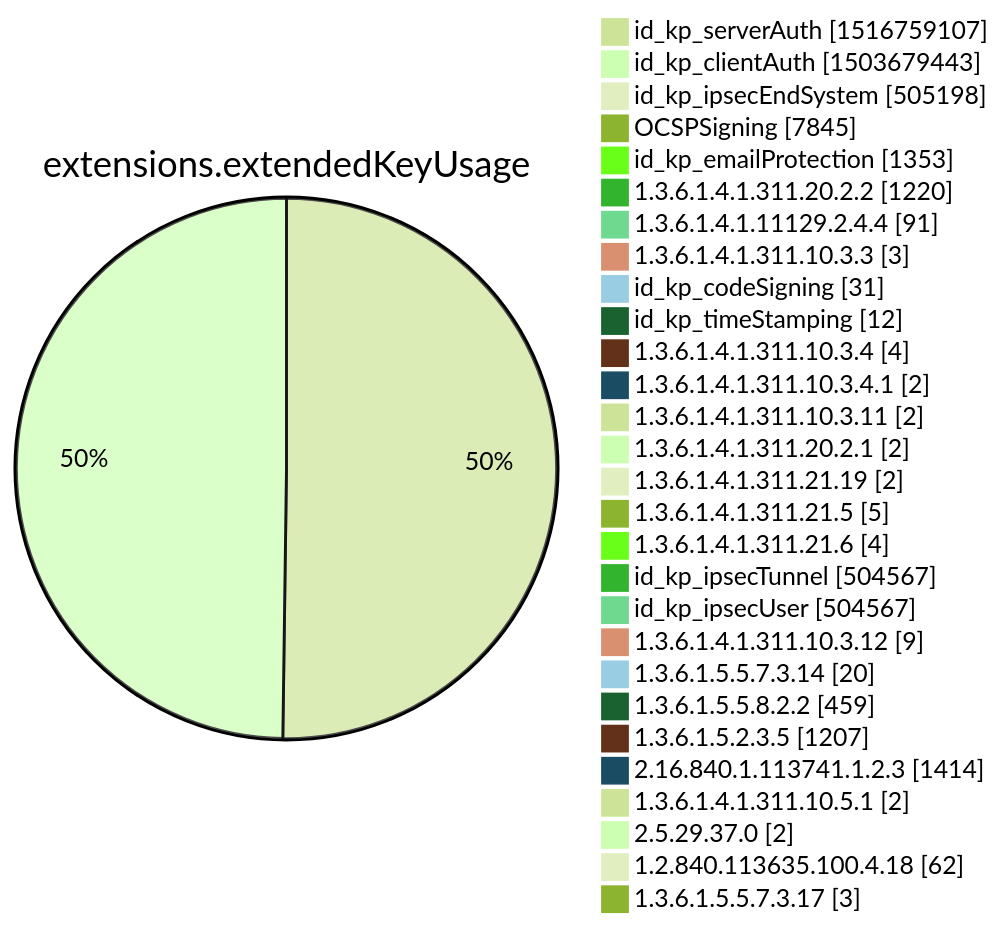
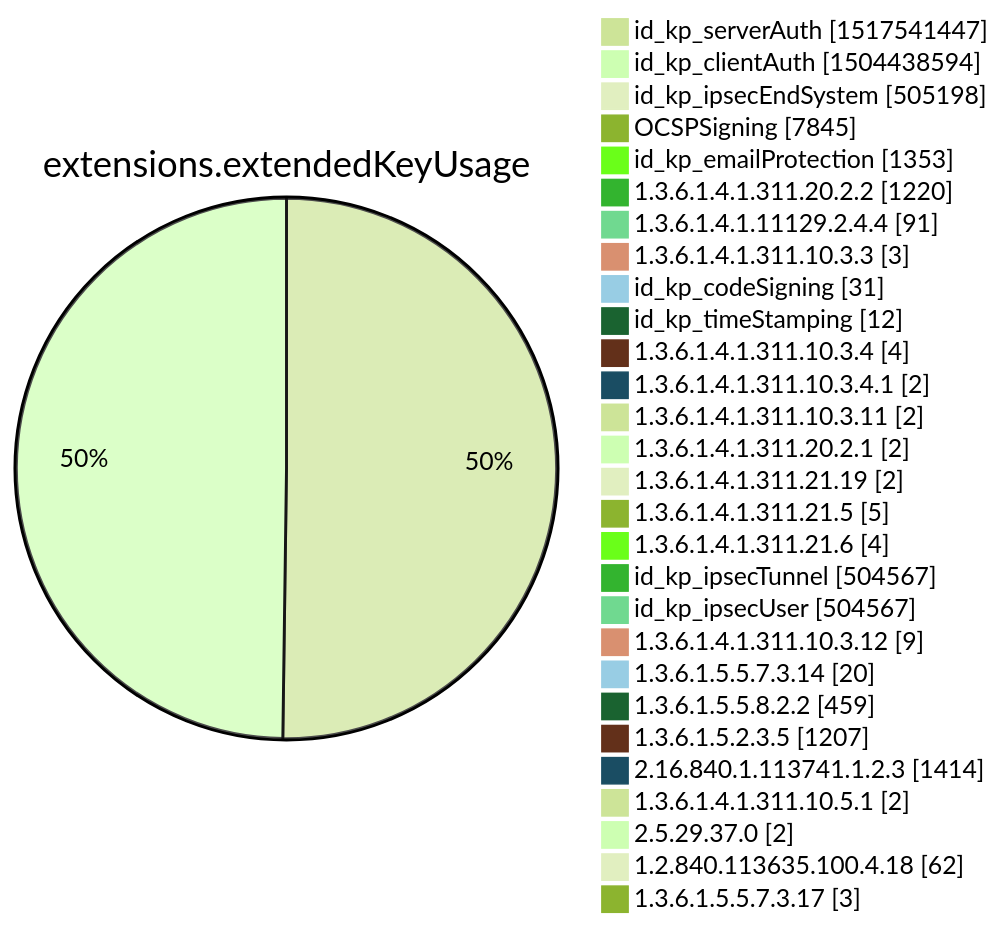
Before and after one commit to christiankrug/ctmonitor_visualization: diagram 12 of 15 in xenon2022/README.md, drawn with Mermaid (forest theme). The commit also changed other lines of this file, not shown here.

````diff
--- a/xenon2022/README.md
+++ b/xenon2022/README.md
@@ -3877,32 +3877,32 @@
 ```mermaid
 pie showData
 title extensions.extendedKeyUsage
-"id_kp_serverAuth" :1516759107
-"id_kp_clientAuth" :1503679443
+"id_kp_serverAuth" :1517541447
+"id_kp_clientAuth" :1504438594
 "id_kp_ipsecEndSystem" :505198
 "OCSPSigning" :7845
 "id_kp_emailProtection" :1353
 "1.3.6.1.4.1.311.20.2.2" :1220
 "1.3.6.1.4.1.11129.2.4.4" :91
 "1.3.6.1.4.1.311.10.3.3" :3
 "id_kp_codeSigning" :31
 "id_kp_timeStamping" :12
 "1.3.6.1.4.1.311.10.3.4" :4
 "1.3.6.1.4.1.311.10.3.4.1" :2
 "1.3.6.1.4.1.311.10.3.11" :2
 "1.3.6.1.4.1.311.20.2.1" :2
 "1.3.6.1.4.1.311.21.19" :2
 "1.3.6.1.4.1.311.21.5" :5
 "1.3.6.1.4.1.311.21.6" :4
 "id_kp_ipsecTunnel" :504567
 "id_kp_ipsecUser" :504567
 "1.3.6.1.4.1.311.10.3.12" :9
 "1.3.6.1.5.5.7.3.14" :20
 "1.3.6.1.5.5.8.2.2" :459
 "1.3.6.1.5.2.3.5" :1207
 "2.16.840.1.113741.1.2.3" :1414
 "1.3.6.1.4.1.311.10.5.1" :2
 "2.5.29.37.0" :2
 "1.2.840.113635.100.4.18" :62
 "1.3.6.1.5.5.7.3.17" :3
 ```
````
